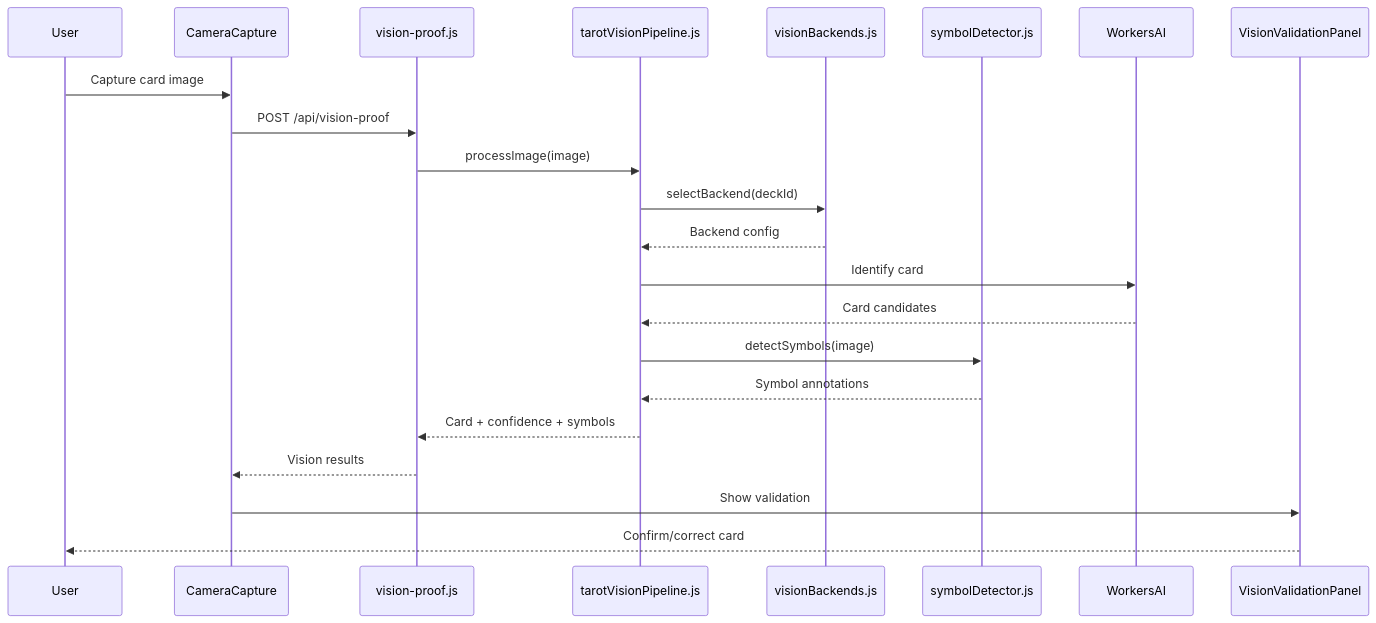
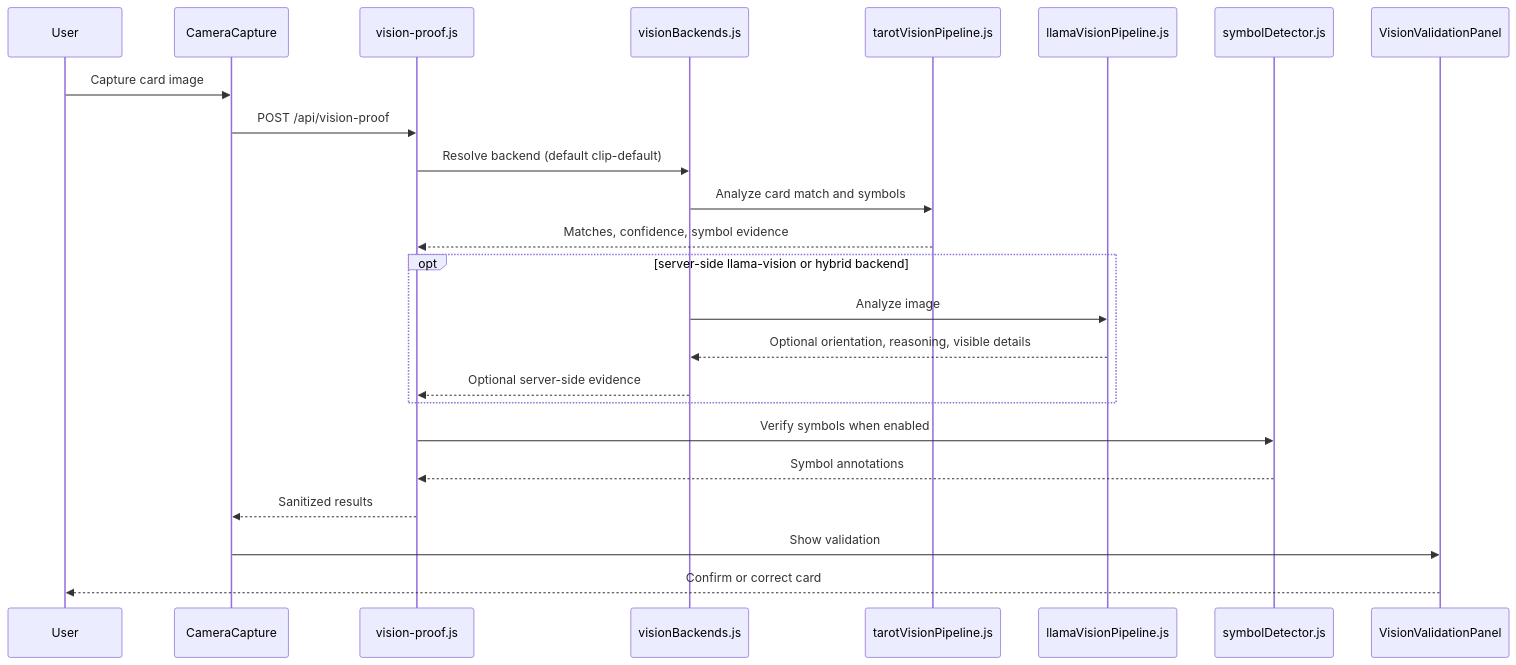
The tenth of 17 diagrams in docs/architecture/full-system-diagrams.md (henryperkins/tarot), drawn with Mermaid before and after one commit. The commit also changed other lines of this file and 54 other files, not shown here.

````diff
--- a/docs/architecture/full-system-diagrams.md
+++ b/docs/architecture/full-system-diagrams.md
@@ -527,25 +559,27 @@
 ```mermaid
 sequenceDiagram
     participant User
     participant CameraCapture
     participant VisionAPI as vision-proof.js
-    participant VisionPipeline as tarotVisionPipeline.js
     participant VisionBackends as visionBackends.js
+    participant CLIP as tarotVisionPipeline.js
+    participant Llama as llamaVisionPipeline.js
     participant SymbolDetector as symbolDetector.js
-    participant WorkersAI
     participant VisionPanel as VisionValidationPanel
 
     User->>CameraCapture: Capture card image
     CameraCapture->>VisionAPI: POST /api/vision-proof
-    VisionAPI->>VisionPipeline: processImage(image)
-    VisionPipeline->>VisionBackends: selectBackend(deckId)
-    VisionBackends-->>VisionPipeline: Backend config
-    VisionPipeline->>WorkersAI: Identify card
-    WorkersAI-->>VisionPipeline: Card candidates
-    VisionPipeline->>SymbolDetector: detectSymbols(image)
-    SymbolDetector-->>VisionPipeline: Symbol annotations
-    VisionPipeline-->>VisionAPI: Card + confidence + symbols
-    VisionAPI-->>CameraCapture: Vision results
+    VisionAPI->>VisionBackends: Resolve backend (default clip-default)
+    VisionBackends->>CLIP: Analyze card match and symbols
+    CLIP-->>VisionAPI: Matches, confidence, symbol evidence
+    opt server-side llama-vision or hybrid backend
+        VisionBackends->>Llama: Analyze image
+        Llama-->>VisionBackends: Optional orientation, reasoning, visible details
+        VisionBackends-->>VisionAPI: Optional server-side evidence
+    end
+    VisionAPI->>SymbolDetector: Verify symbols when enabled
+    SymbolDetector-->>VisionAPI: Symbol annotations
+    VisionAPI-->>CameraCapture: Sanitized results
     CameraCapture->>VisionPanel: Show validation
-    VisionPanel-->>User: Confirm/correct card
+    VisionPanel-->>User: Confirm or correct card
 ```
````
